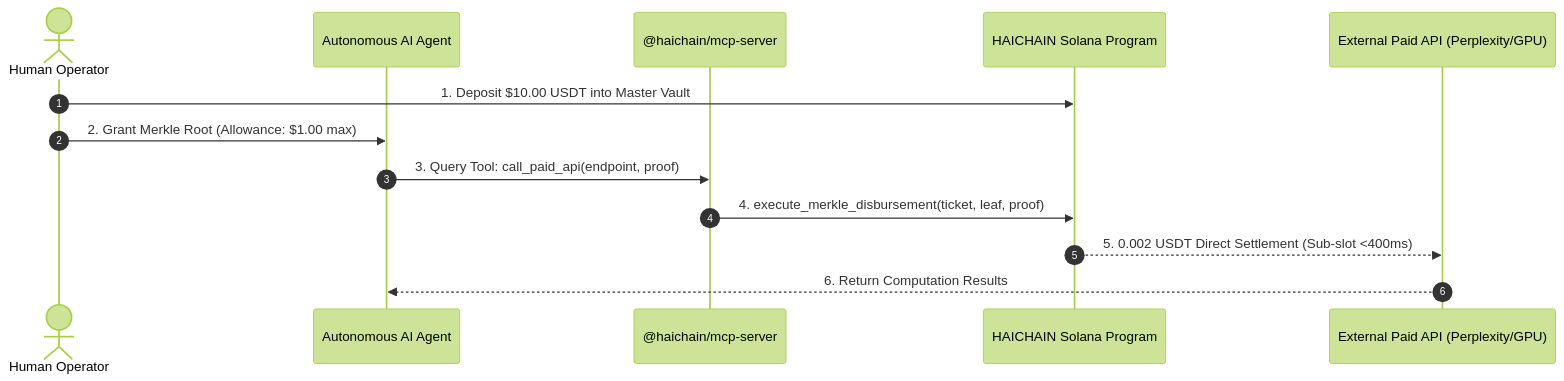
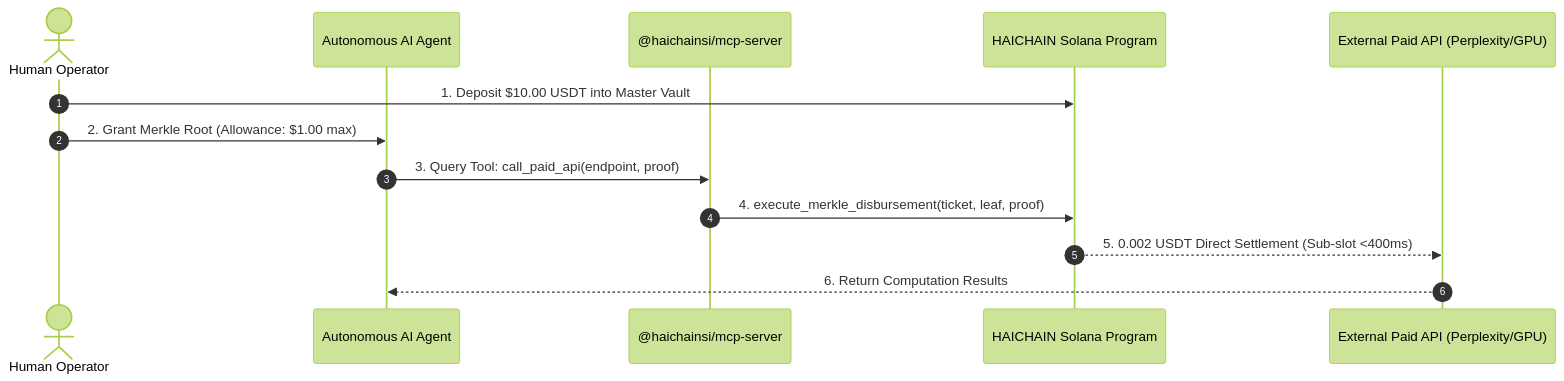
One commit to haichainsi/haichain changed the diagram in DEVELOPER_QUICKSTART.md. Above: the diagram before and after it, drawn with Mermaid (forest theme). The commit also changed other lines of this file and 7 other files, not shown here.

Commit message:
feat(mcp): align package name to @haichainsi/mcp-server following official npm release

````diff
--- a/DEVELOPER_QUICKSTART.md
+++ b/DEVELOPER_QUICKSTART.md
@@ -13,16 +13,16 @@
 ```mermaid
 sequenceDiagram
     autonumber
     actor User as Human Operator
     participant Agent as Autonomous AI Agent
-    participant MCP as @haichain/mcp-server
+    participant MCP as @haichainsi/mcp-server
     participant Sol as HAICHAIN Solana Program
     participant API as External Paid API (Perplexity/GPU)
 
     User->>Sol: 1. Deposit $10.00 USDT into Master Vault
     User->>Agent: 2. Grant Merkle Root (Allowance: $1.00 max)
     Agent->>MCP: 3. Query Tool: call_paid_api(endpoint, proof)
     MCP->>Sol: 4. execute_merkle_disbursement(ticket, leaf, proof)
     Sol-->>API: 5. 0.002 USDT Direct Settlement (Sub-slot <400ms)
     API-->>Agent: 6. Return Computation Results
 ```
````
